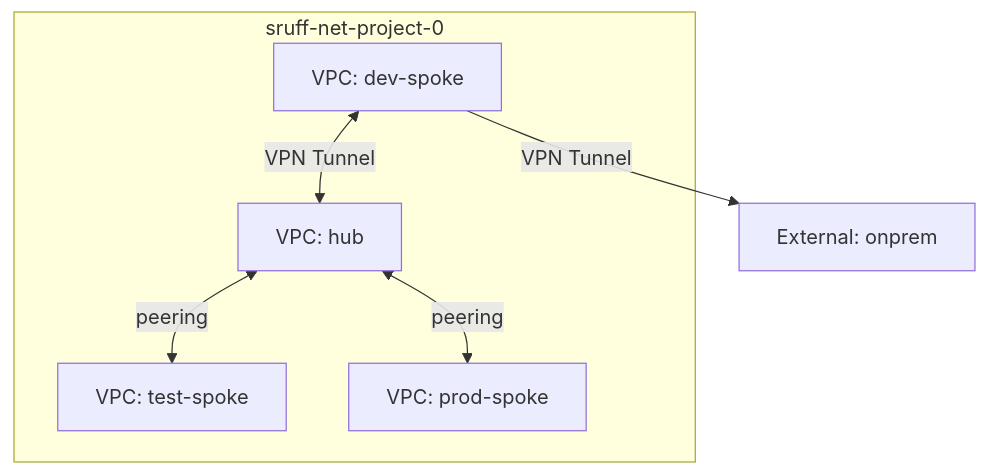
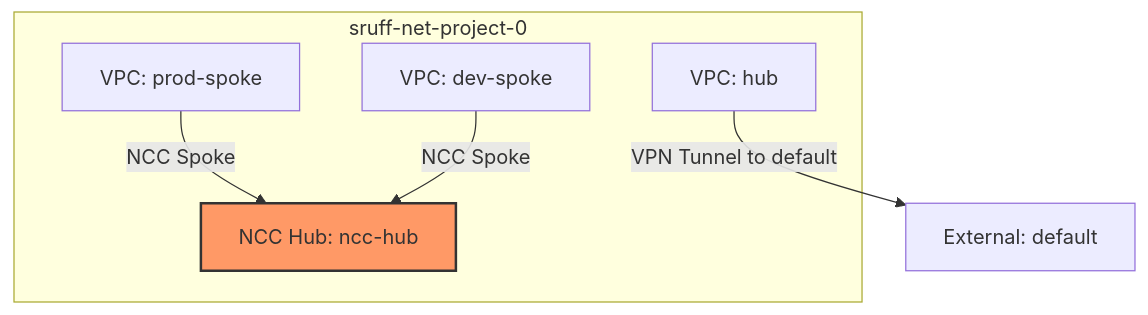
One commit to GoogleCloudPlatform/cloud-foundation-fabric changed the diagram in fast/stages/2-networking-factory/_experimental/network_diagram.md. Above: the diagram before and after it, drawn with Mermaid. The commit also changed 2 other files, not shown here.

Commit message:
Updates NCC recipe

````diff
--- a/fast/stages/2-networking-factory/_experimental/network_diagram.md
+++ b/fast/stages/2-networking-factory/_experimental/network_diagram.md
@@ -1,14 +1,14 @@
 ```mermaid
 graph TD
+    classDef nccHub fill:#f96,stroke:#333,stroke-width:2px;
     subgraph "sruff-net-project-0"
         dev-spoke["VPC: dev-spoke"]
-        test-spoke["VPC: test-spoke"]
         hub["VPC: hub"]
         prod-spoke["VPC: prod-spoke"]
+        ncc-hub["NCC Hub: ncc-hub"]:::nccHub
     end
-    hub <-->|peering| test-spoke
-    hub <-->|peering| prod-spoke
-    dev-spoke -->|VPN Tunnel| onprem
-    dev-spoke <-->|VPN Tunnel| hub
-    onprem["External: onprem"]
+    hub -->|VPN Tunnel to default| default
+    prod-spoke -->|NCC Spoke| ncc-hub
+    dev-spoke -->|NCC Spoke| ncc-hub
+    default["External: default"]
 ```
````
